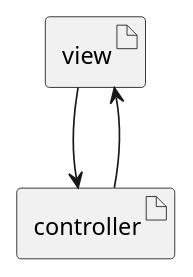
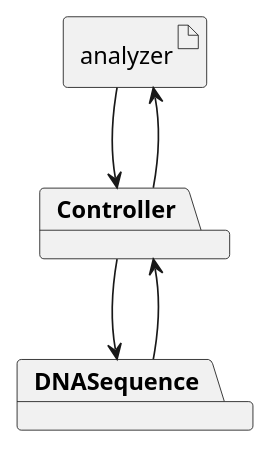
Before and after one commit to AliMasarweh/DNA-Analyzer-CPP: the third of 3 diagrams in docs/UML_Diagrams.md, drawn with PlantUML. The commit also changed other lines of this file, not shown here.

````diff
--- a/docs/UML_Diagrams.md
+++ b/docs/UML_Diagrams.md
@@ -172,11 +198,14 @@
 ```plantuml
 
 @startuml
-artifact view
-artifact controller
+artifact analyzer
+package Controller
+package DNASequence
 
-view --> controller
-controller --> view
+analyzer --> Controller
+Controller --> DNASequence
+DNASequence --> Controller
+Controller --> analyzer
 @enduml
 
 ```
````
